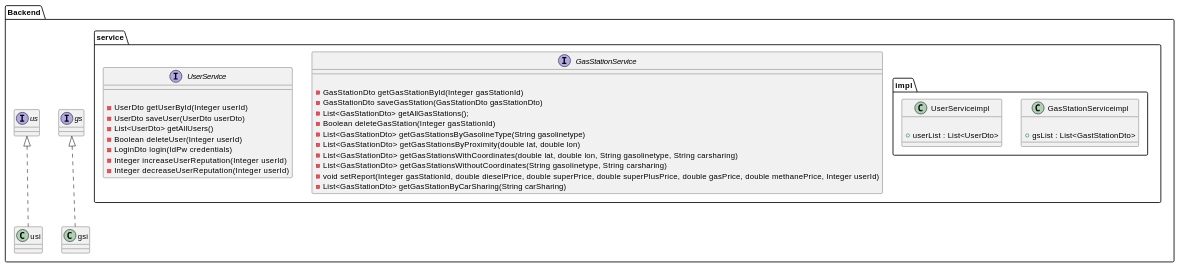
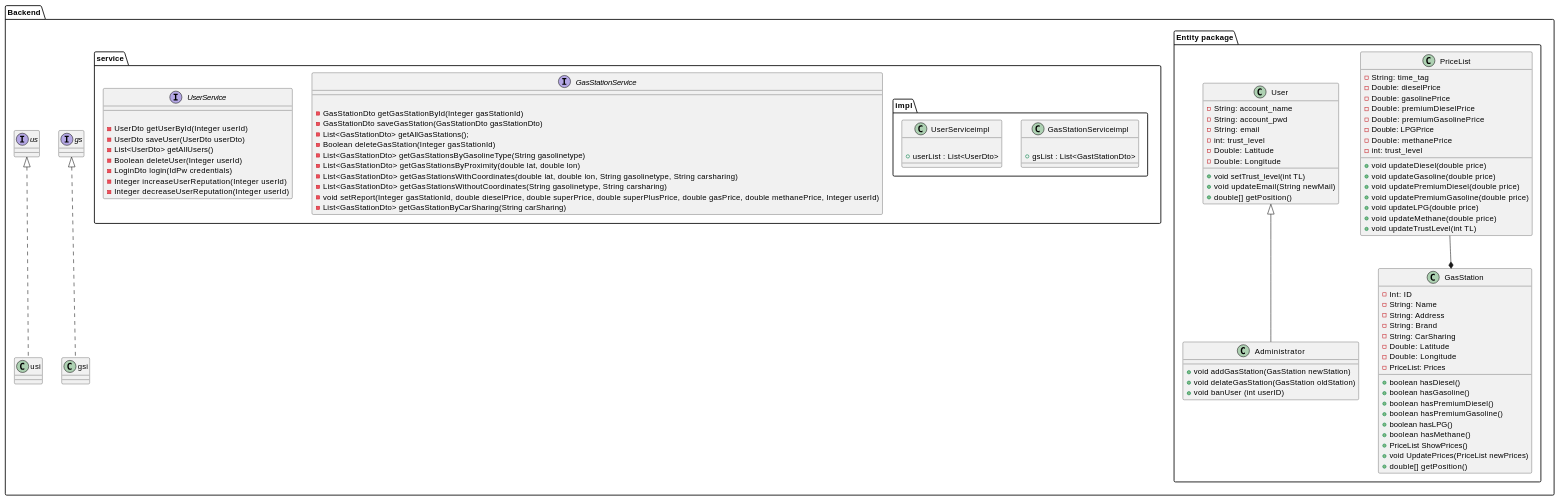
Before and after one commit to MattiaRiola/ezgas: the fourth of 4 diagrams in docs/DesignDocument.md, drawn with PlantUML.

Commit message:
Doc: Entity package UML

````diff
--- a/docs/DesignDocument.md
+++ b/docs/DesignDocument.md
@@ -224,6 +224,67 @@
 ```plantuml
 @startuml
 package "Backend" {
+
+package "Entity package" {
+    class GasStation {
+    -Int: ID
+    -String: Name
+    -String: Address
+    -String: Brand
+    -String: CarSharing
+    -Double: Latitude
+    -Double: Longitude
+    -PriceList: Prices
+    +boolean hasDiesel()
+    +boolean hasGasoline()
+    +boolean hasPremiumDiesel()
+    +boolean hasPremiumGasoline()
+    +boolean hasLPG()
+    +boolean hasMethane()
+    +PriceList ShowPrices()
+    +void UpdatePrices(PriceList newPrices)
+    +double[] getPosition()
+    }
+
+    class PriceList {
+    -String: time_tag
+    -Double: dieselPrice
+    -Double: gasolinePrice
+    -Double: premiumDieselPrice
+    -Double: premiumGasolinePrice
+    -Double: LPGPrice
+    -Double: methanePrice
+    -int: trust_level
+    +void updateDiesel(double price)
+    +void updateGasoline(double price)
+    +void updatePremiumDiesel(double price)
+    +void updatePremiumGasoline(double price)
+    +void updateLPG(double price)
+    +void updateMethane(double price)
+    +void updateTrustLevel(int TL)
+    }
+
+    class User {
+    -String: account_name
+    -String: account_pwd
+    -String: email
+    -int: trust_level
+    -Double: Latitude
+    -Double: Longitude
+
+    +void setTrust_level(int TL)
+    +void updateEmail(String newMail)
+    +double[] getPosition()
+    }
+
+    class Administrator {
+    +void addGasStation(GasStation newStation)
+    +void delateGasStation(GasStation oldStation)
+    +void banUser (int userID)
+    }
+    GasStation *-up- PriceList
+    User <|-down- Administrator
+}
 
 package "service"  as s {
    interface "GasStationService" as gs {
````
